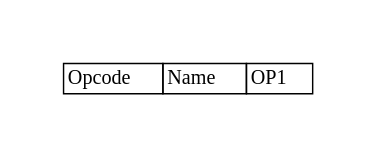
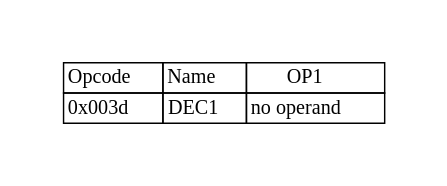
Before and after one commit to adesutherland/CREXX: the diagram in docs/books/crexx_vm_spec/svg/dec1.gv, drawn with Graphviz. The commit also changed 207 other files, not shown here.

```diff
--- a/docs/books/crexx_vm_spec/svg/dec1.gv
+++ b/docs/books/crexx_vm_spec/svg/dec1.gv
@@ -1,8 +1,9 @@
 digraph{
 graph [pad="0.5", nodesep="0.5", ranksep="2" ]
 node[shape=plain]
 Foo [label=<
 <table border="0" cellborder="1" cellspacing="0">
 <tr><td> Opcode </td> <td> Name </td> <td> OP1 </td> </tr>
+<tr><td> 0x003d </td><td> DEC1 </td><td> no operand </td> </tr>
 </table>>];
 }
```
